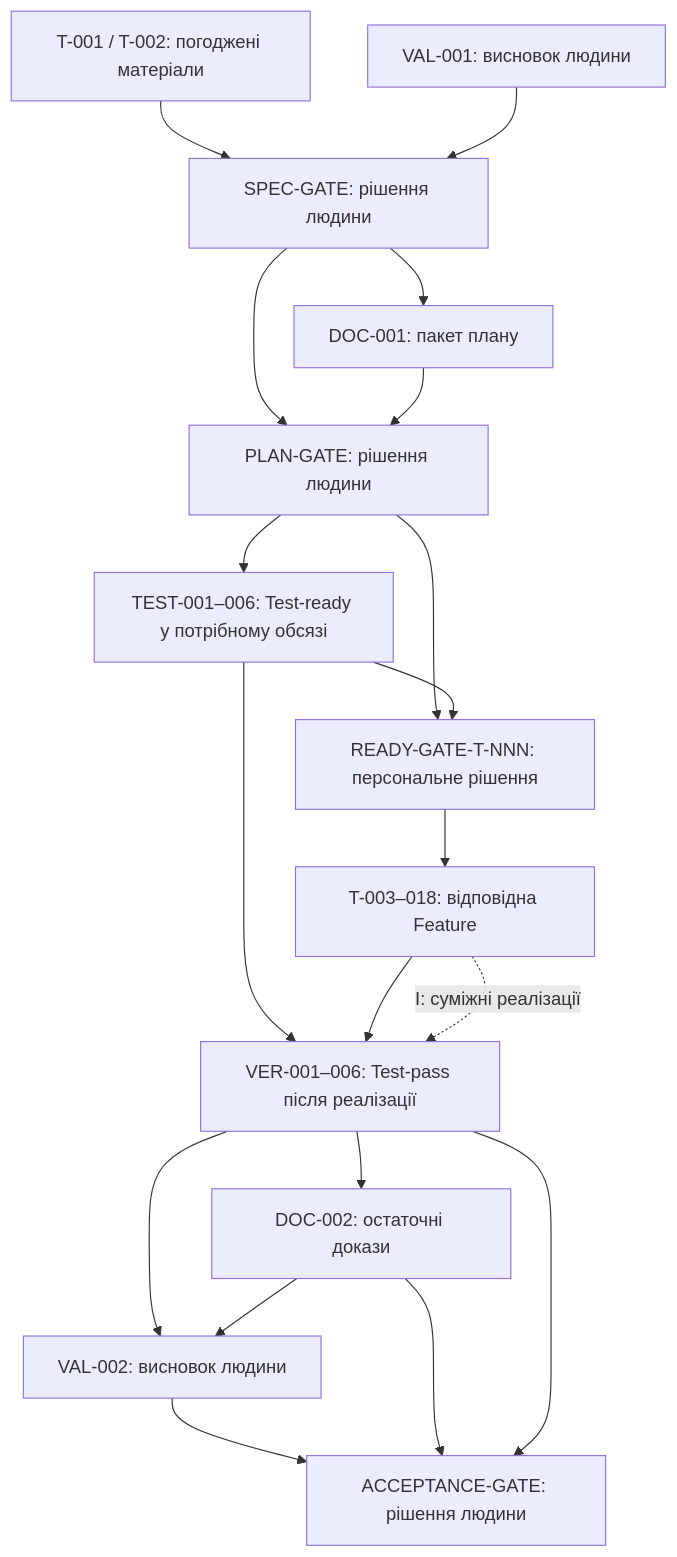
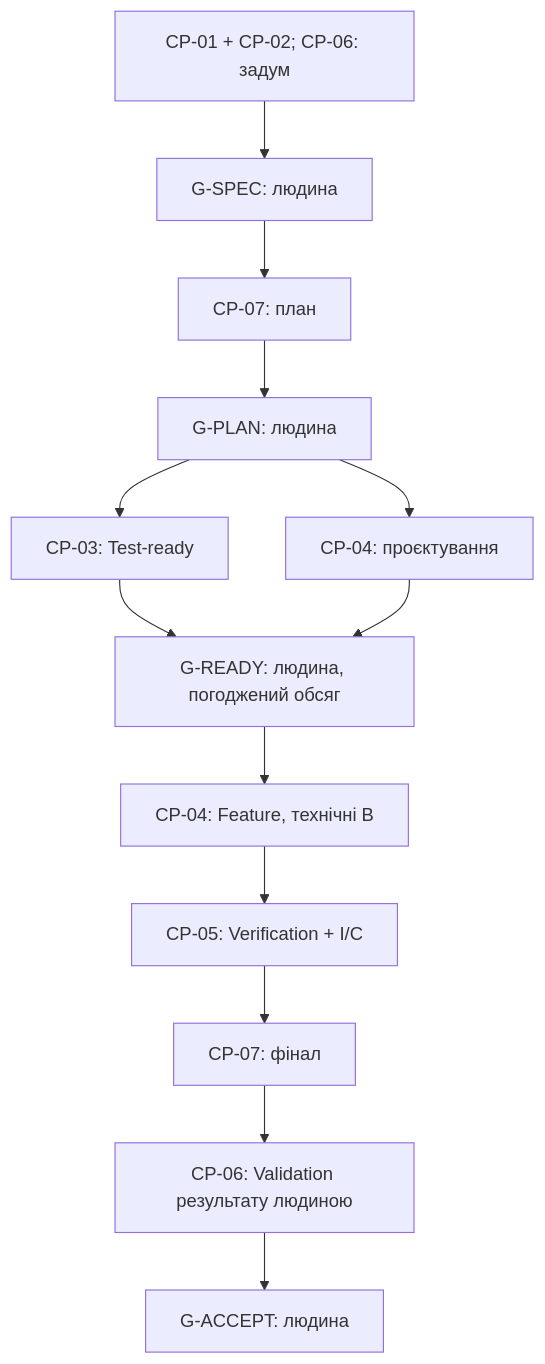
The diagram in planning/ticket-dependencies.md (safonovdmitrij/car-rental-system), drawn with Mermaid before and after one commit. The commit also changed other lines of this file and 6 other files, not shown here.

````diff
--- a/planning/ticket-dependencies.md
+++ b/planning/ticket-dependencies.md
@@ -155,21 +78,15 @@
 ```mermaid
 flowchart TD
-  Q["T-001 / T-002: погоджені матеріали"] --> S["SPEC-GATE: рішення людини"]
-  V1["VAL-001: висновок людини"] --> S
-  S --> D1["DOC-001: пакет плану"]
-  S --> P["PLAN-GATE: рішення людини"]
-  D1 --> P
-  P --> T["TEST-001–006: Test-ready у потрібному обсязі"]
-  P --> R["READY-GATE-T-NNN: персональне рішення"]
-  T --> R
-  R --> F["T-003–018: відповідна Feature"]
-  T --> V["VER-001–006: Test-pass після реалізації"]
-  F --> V
-  F -. "I: суміжні реалізації" .-> V
-  V --> D2["DOC-002: остаточні докази"]
-  V --> V2["VAL-002: висновок людини"]
-  D2 --> V2
-  V2 --> A["ACCEPTANCE-GATE: рішення людини"]
-  D2 --> A
-  V --> A
+ S["CP-01 + CP-02; CP-06: задум"] --> GS["G-SPEC: людина"]
+ GS --> D["CP-07: план"]
+ D --> GP["G-PLAN: людина"]
+ GP --> T["CP-03: Test-ready"]
+ GP --> P["CP-04: проєктування"]
+ T --> GR["G-READY: людина, погоджений обсяг"]
+ P --> GR
+ GR --> F["CP-04: Feature, технічні B"]
+ F --> V["CP-05: Verification + I/C"]
+ V --> DF["CP-07: фінал"]
+ DF --> VF["CP-06: Validation результату людиною"]
+ VF --> GA["G-ACCEPT: людина"]
 ```
````
